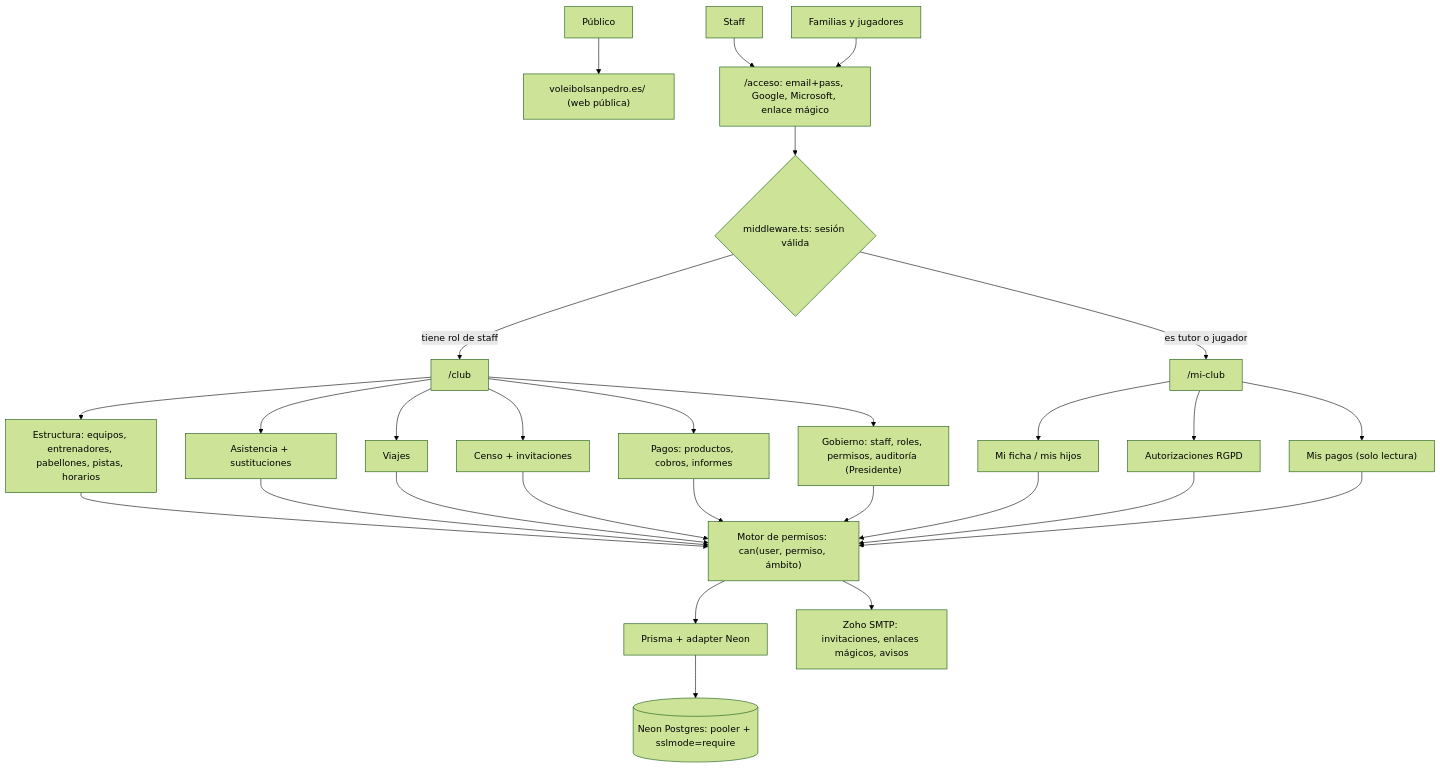
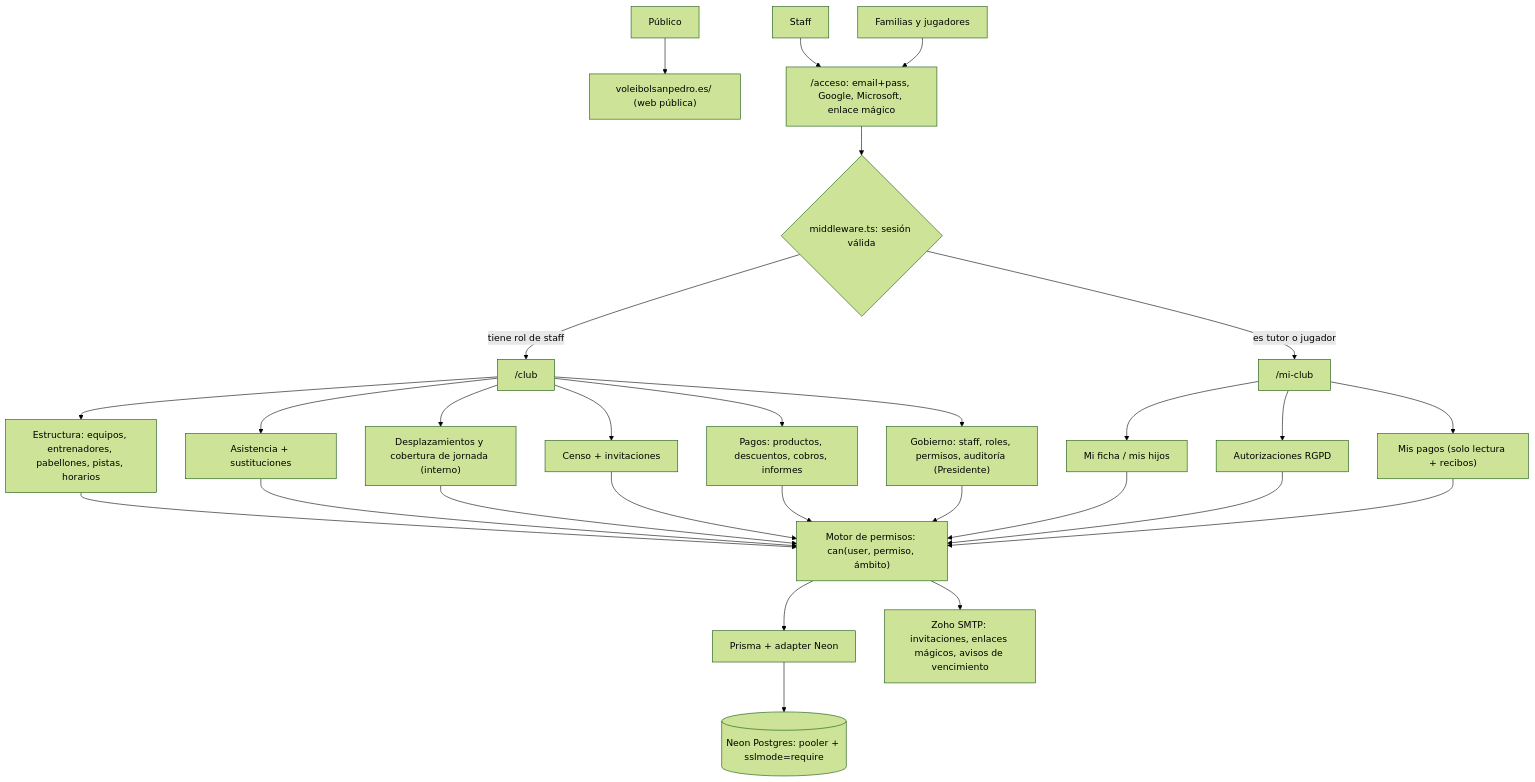
The first of 6 diagrams in docs/plan-intranet-club.md (Caxoneto/voleibol-sanpedro), drawn with Mermaid (forest theme) before and after one commit. The commit also changed other lines of this file, not shown here.

Commit message:
docs: plan definitivo v3 de intranet del club

````diff
--- a/docs/plan-intranet-club.md
+++ b/docs/plan-intranet-club.md
@@ -48,30 +30,30 @@
 ```mermaid
 flowchart TD
   P1["Público"] --> PUB["voleibolsanpedro.es/ (web pública)"]
   P2["Staff"] --> LOGIN["/acceso: email+pass, Google, Microsoft, enlace mágico"]
   P3["Familias y jugadores"] --> LOGIN
   LOGIN --> MW{"middleware.ts: sesión válida"}
   MW -->|"tiene rol de staff"| CLUB["/club"]
   MW -->|"es tutor o jugador"| MICLUB["/mi-club"]
   CLUB --> M1["Estructura: equipos, entrenadores, pabellones, pistas, horarios"]
   CLUB --> M2["Asistencia + sustituciones"]
-  CLUB --> M3["Viajes"]
+  CLUB --> M3["Desplazamientos y cobertura de jornada (interno)"]
   CLUB --> M4["Censo + invitaciones"]
-  CLUB --> M5["Pagos: productos, cobros, informes"]
+  CLUB --> M5["Pagos: productos, descuentos, cobros, informes"]
   CLUB --> M6["Gobierno: staff, roles, permisos, auditoría (Presidente)"]
   MICLUB --> D1["Mi ficha / mis hijos"]
   MICLUB --> D2["Autorizaciones RGPD"]
-  MICLUB --> D3["Mis pagos (solo lectura)"]
+  MICLUB --> D3["Mis pagos (solo lectura + recibos)"]
   M1 --> AUTHZ["Motor de permisos: can(user, permiso, ámbito)"]
   M2 --> AUTHZ
   M3 --> AUTHZ
   M4 --> AUTHZ
   M5 --> AUTHZ
   M6 --> AUTHZ
   D1 --> AUTHZ
   D2 --> AUTHZ
   D3 --> AUTHZ
   AUTHZ --> ORM["Prisma + adapter Neon"]
   ORM --> DB[("Neon Postgres: pooler + sslmode=require")]
-  AUTHZ --> SMTP["Zoho SMTP: invitaciones, enlaces mágicos, avisos"]
+  AUTHZ --> SMTP["Zoho SMTP: invitaciones, enlaces mágicos, avisos de vencimiento"]
 ```
````
